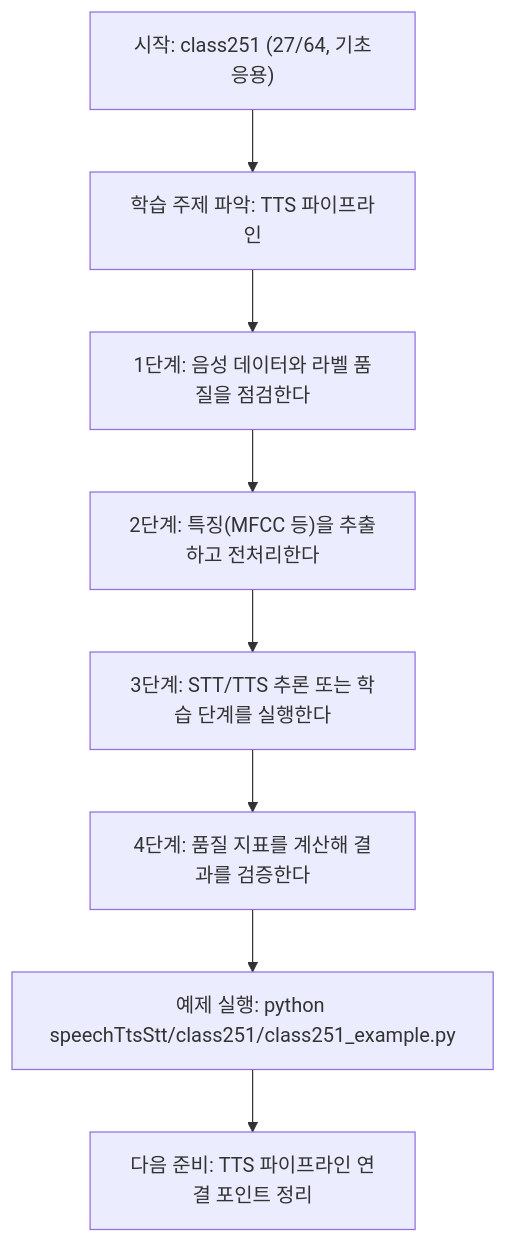
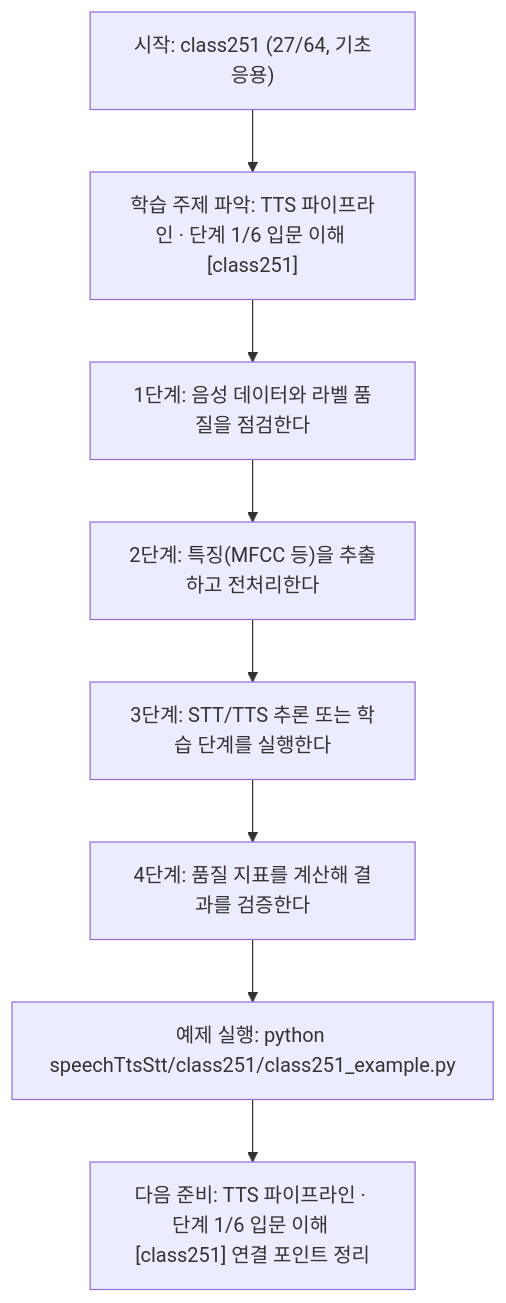
One commit to edumgt/Python-AI_Agent-Class changed the diagram in speechTtsStt/class251/class251.md. Above: the diagram before and after it, drawn with Mermaid. The commit also changed other lines of this file and 522 other files, not shown here.

````diff
--- a/speechTtsStt/class251/class251.md
+++ b/speechTtsStt/class251/class251.md
@@ -112,18 +113,18 @@
 ```mermaid
 flowchart TD
 N1["시작: class251 (27/64, 기초응용)"]
-N2["학습 주제 파악: TTS 파이프라인"]
+N2["학습 주제 파악: TTS 파이프라인 · 단계 1/6 입문 이해 [class251]"]
 N3["1단계: 음성 데이터와 라벨 품질을 점검한다"]
 N4["2단계: 특징(MFCC 등)을 추출하고 전처리한다"]
 N5["3단계: STT/TTS 추론 또는 학습 단계를 실행한다"]
 N6["4단계: 품질 지표를 계산해 결과를 검증한다"]
 N7["예제 실행: python speechTtsStt/class251/class251_example.py"]
-N8["다음 준비: TTS 파이프라인 연결 포인트 정리"]
+N8["다음 준비: TTS 파이프라인 · 단계 1/6 입문 이해 [class251] 연결 포인트 정리"]
 N1 --> N2
 N2 --> N3
 N3 --> N4
 N4 --> N5
 N5 --> N6
 N6 --> N7
 N7 --> N8
 ```
````
